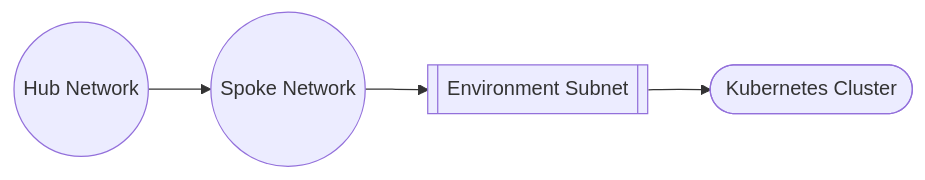
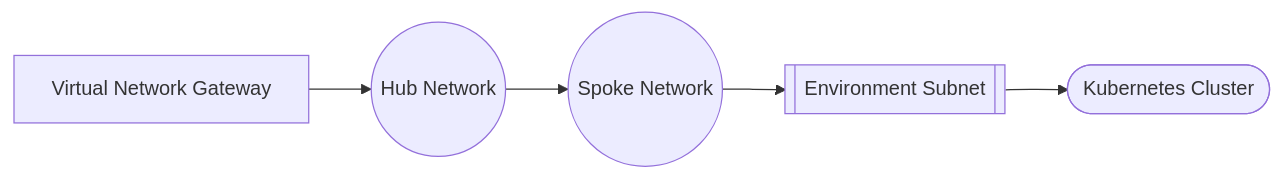
One commit to lsc-sde/iac-terraform-azure changed the second of 2 diagrams in README.md. Above: the diagram before and after it, drawn with Mermaid. The commit also changed other lines of this file, not shown here.

Commit message:
#20 added documentation regarding the azure VPN connection

````diff
--- a/README.md
+++ b/README.md
@@ -45,5 +45,6 @@
 ```mermaid
 flowchart LR
-    Hub((Hub Network)) --> Spoke((Spoke Network)) --> Subnet[[Environment Subnet]] --> Cluster([Kubernetes Cluster])
+
+    VPN[Virtual Network Gateway] --> Hub((Hub Network)) --> Spoke((Spoke Network)) --> Subnet[[Environment Subnet]] --> Cluster([Kubernetes Cluster])
 
 ```
````
